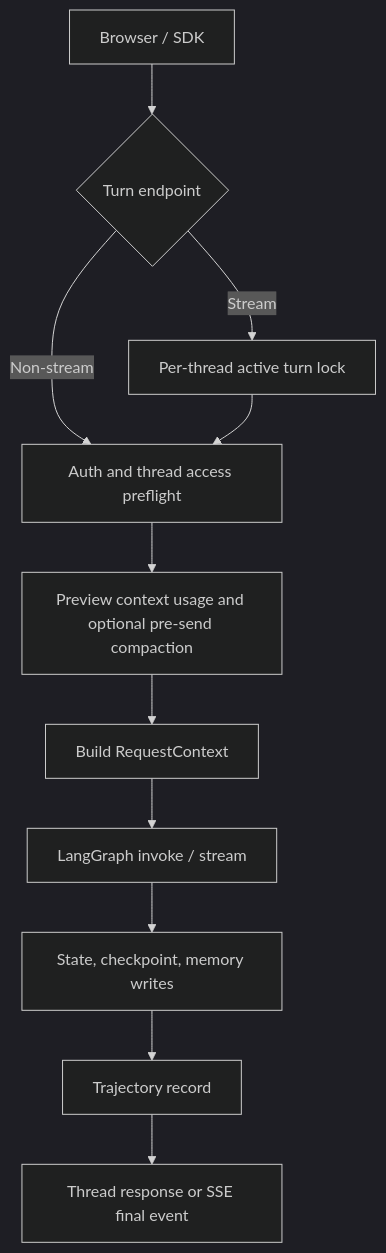
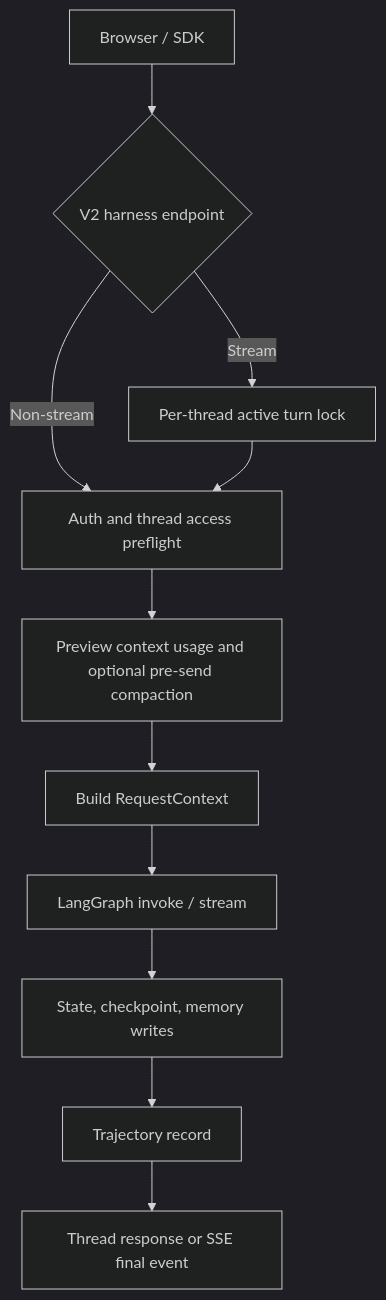
One commit to William-zgx/focus-agent changed the third of 5 diagrams in docs/architecture.md. Above: the diagram before and after it, drawn with Mermaid (dark theme). The commit also changed other lines of this file and 93 other files, not shown here.

````diff
--- a/docs/architecture.md
+++ b/docs/architecture.md
@@ -193,13 +193,13 @@
 ```mermaid
 flowchart TD
-    Client["Browser / SDK"] --> Entry{"Turn endpoint"}
+    Client["Browser / SDK"] --> Entry{"V2 harness endpoint"}
     Entry -- "Non-stream" --> Preflight["Auth and thread access preflight"]
     Entry -- "Stream" --> Lock["Per-thread active turn lock"]
     Lock --> Preflight
     Preflight --> Usage["Preview context usage and optional pre-send compaction"]
     Usage --> Context["Build RequestContext"]
     Context --> Graph["LangGraph invoke / stream"]
     Graph --> Persist["State, checkpoint, memory writes"]
     Persist --> Trace["Trajectory record"]
     Trace --> Response["Thread response or SSE final event"]
 ```
````
